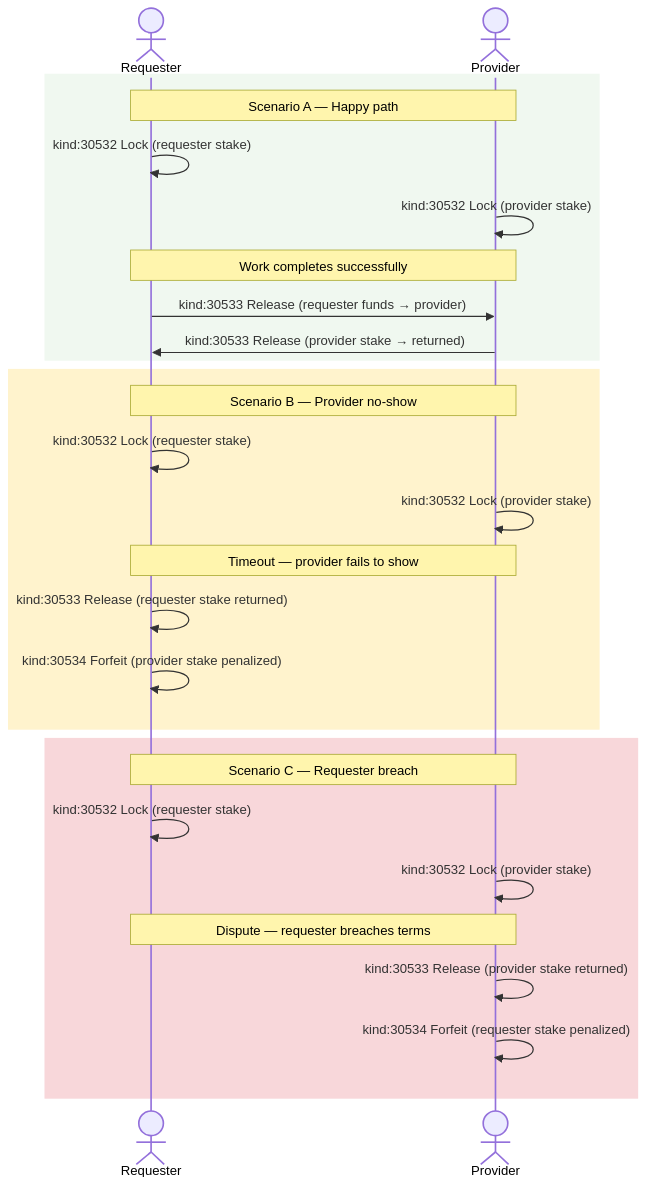
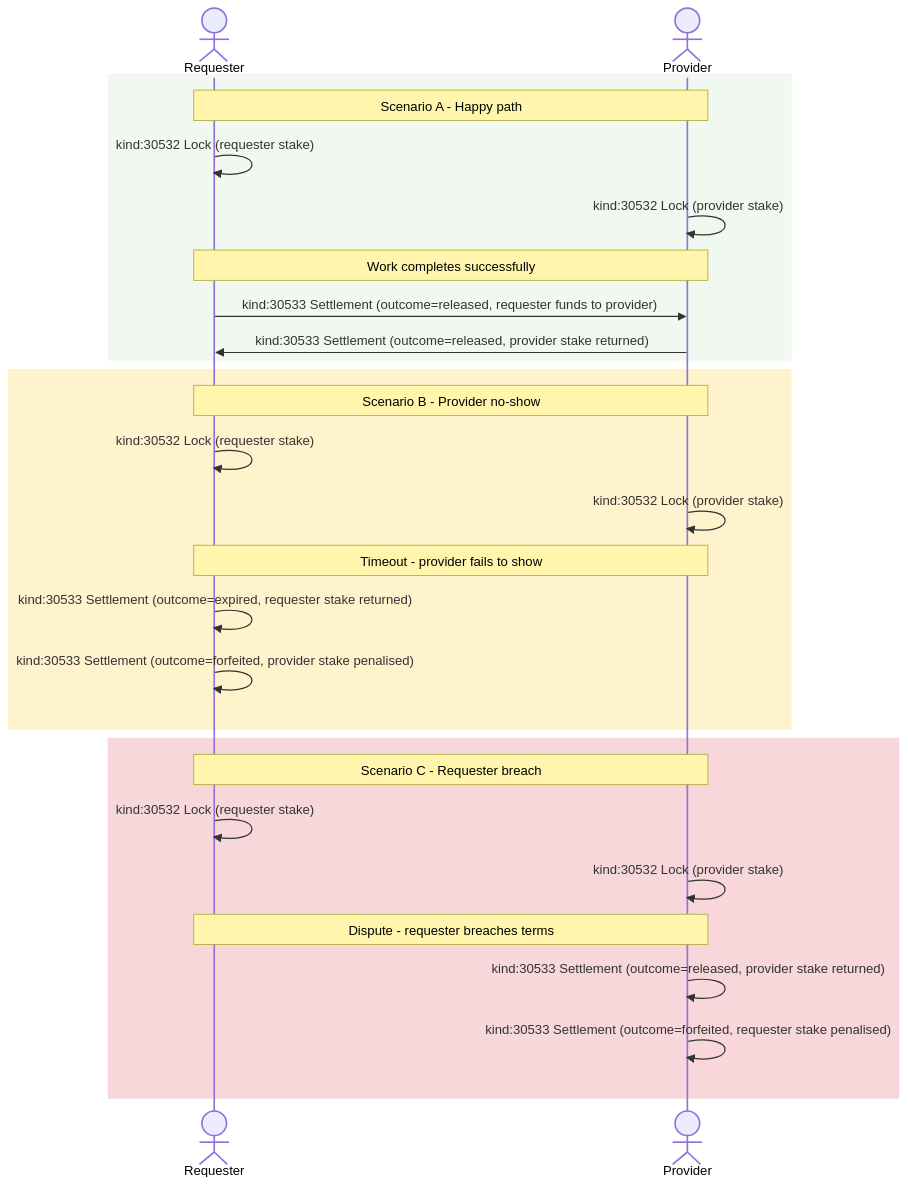
One commit to forgesworn/nip-drafts changed the fifth of 5 diagrams in NIP-ESCROW.md. Above: the diagram before and after it, drawn with Mermaid. The commit also changed other lines of this file and 116 other files, not shown here.

````diff
--- a/NIP-ESCROW.md
+++ b/NIP-ESCROW.md
@@ -566,32 +410,32 @@
 ```mermaid
 sequenceDiagram
     actor R as Requester
     actor P as Provider
 
     rect rgb(240, 248, 240)
-        Note over R,P: Scenario A — Happy path
+        Note over R,P: Scenario A - Happy path
         R->>R: kind:30532 Lock (requester stake)
         P->>P: kind:30532 Lock (provider stake)
         Note over R,P: Work completes successfully
-        R->>P: kind:30533 Release (requester funds → provider)
-        P->>R: kind:30533 Release (provider stake → returned)
+        R->>P: kind:30533 Settlement (outcome=released, requester funds to provider)
+        P->>R: kind:30533 Settlement (outcome=released, provider stake returned)
     end
 
     rect rgb(255, 243, 205)
-        Note over R,P: Scenario B — Provider no-show
+        Note over R,P: Scenario B - Provider no-show
         R->>R: kind:30532 Lock (requester stake)
         P->>P: kind:30532 Lock (provider stake)
-        Note over R,P: Timeout — provider fails to show
-        R->>R: kind:30533 Release (requester stake returned)
-        R->>R: kind:30534 Forfeit (provider stake penalized)
+        Note over R,P: Timeout - provider fails to show
+        R->>R: kind:30533 Settlement (outcome=expired, requester stake returned)
+        R->>R: kind:30533 Settlement (outcome=forfeited, provider stake penalised)
     end
 
     rect rgb(248, 215, 218)
-        Note over R,P: Scenario C — Requester breach
+        Note over R,P: Scenario C - Requester breach
         R->>R: kind:30532 Lock (requester stake)
         P->>P: kind:30532 Lock (provider stake)
-        Note over R,P: Dispute — requester breaches terms
-        P->>P: kind:30533 Release (provider stake returned)
-        P->>P: kind:30534 Forfeit (requester stake penalized)
+        Note over R,P: Dispute - requester breaches terms
+        P->>P: kind:30533 Settlement (outcome=released, provider stake returned)
+        P->>P: kind:30533 Settlement (outcome=forfeited, requester stake penalised)
     end
 ```
````
